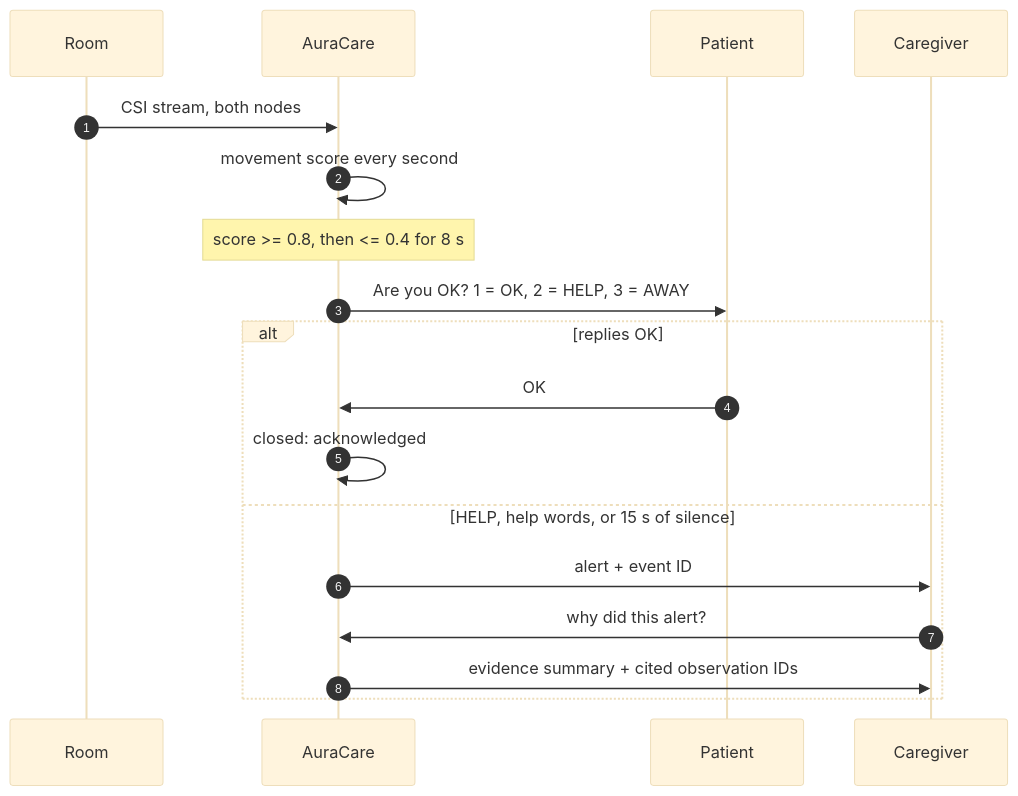
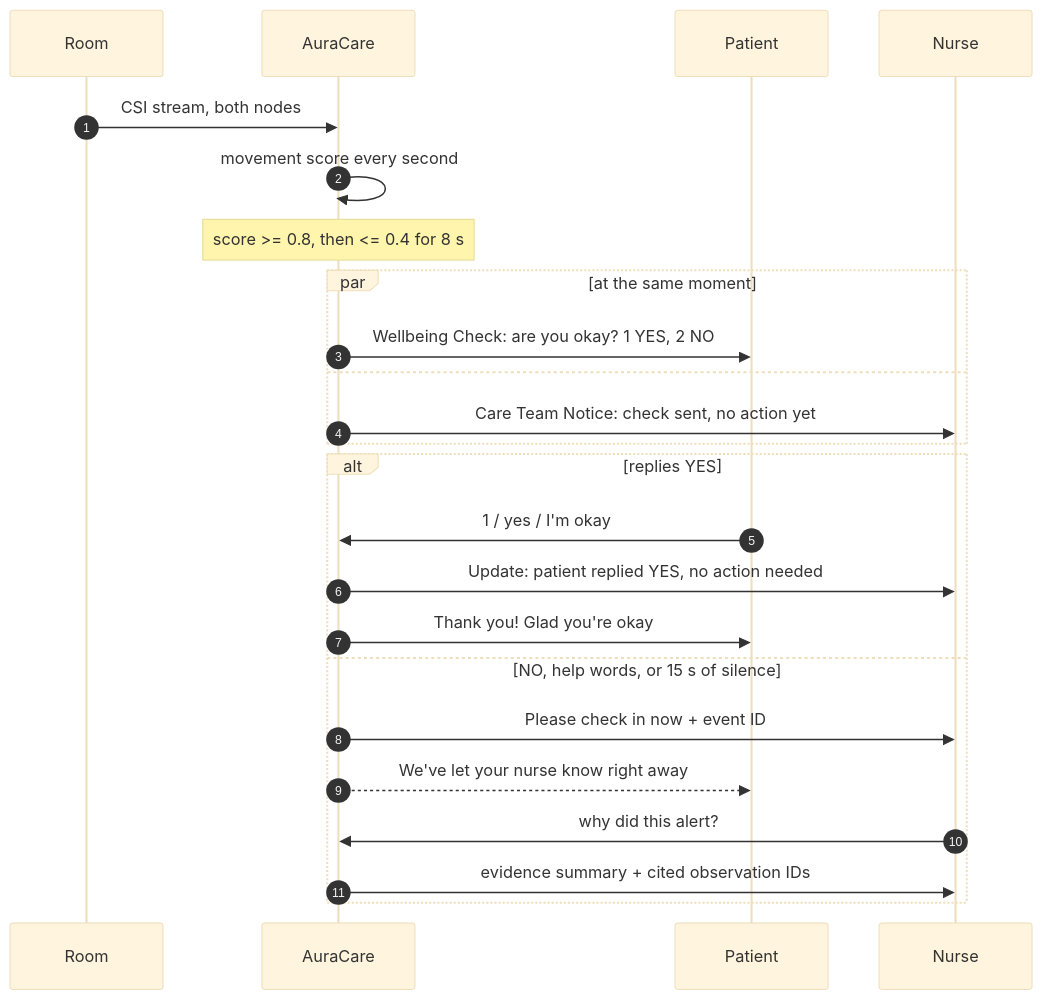
The second of 2 diagrams in README.md (NullPranaya/WiCare), drawn with Mermaid (base theme) before and after one commit. The commit also changed other lines of this file and 121 other files, not shown here.

Commit message:
Wellbeing check messages, nurse notified on every check-in, live room UI

````diff
--- a/README.md
+++ b/README.md
@@ -117,20 +131,26 @@
 ```mermaid
 sequenceDiagram
     autonumber
     participant R as Room
     participant A as AuraCare
     participant P as Patient
-    participant C as Caregiver
+    participant C as Nurse
     R->>A: CSI stream, both nodes
     A->>A: movement score every second
     Note over A: score >= 0.8, then <= 0.4 for 8 s
-    A->>P: Are you OK? 1 = OK, 2 = HELP, 3 = AWAY
-    alt replies OK
-        P->>A: OK
-        A->>A: closed: acknowledged
-    else HELP, help words, or 15 s of silence
-        A->>C: alert + event ID
+    par at the same moment
+        A->>P: Wellbeing Check: are you okay? 1 YES, 2 NO
+    and
+        A->>C: Care Team Notice: check sent, no action yet
+    end
+    alt replies YES
+        P->>A: 1 / yes / I'm okay
+        A->>C: Update: patient replied YES, no action needed
+        A->>P: Thank you! Glad you're okay
+    else NO, help words, or 15 s of silence
+        A->>C: Please check in now + event ID
+        A-->>P: We've let your nurse know right away
         C->>A: why did this alert?
         A->>C: evidence summary + cited observation IDs
     end
 ```
````
